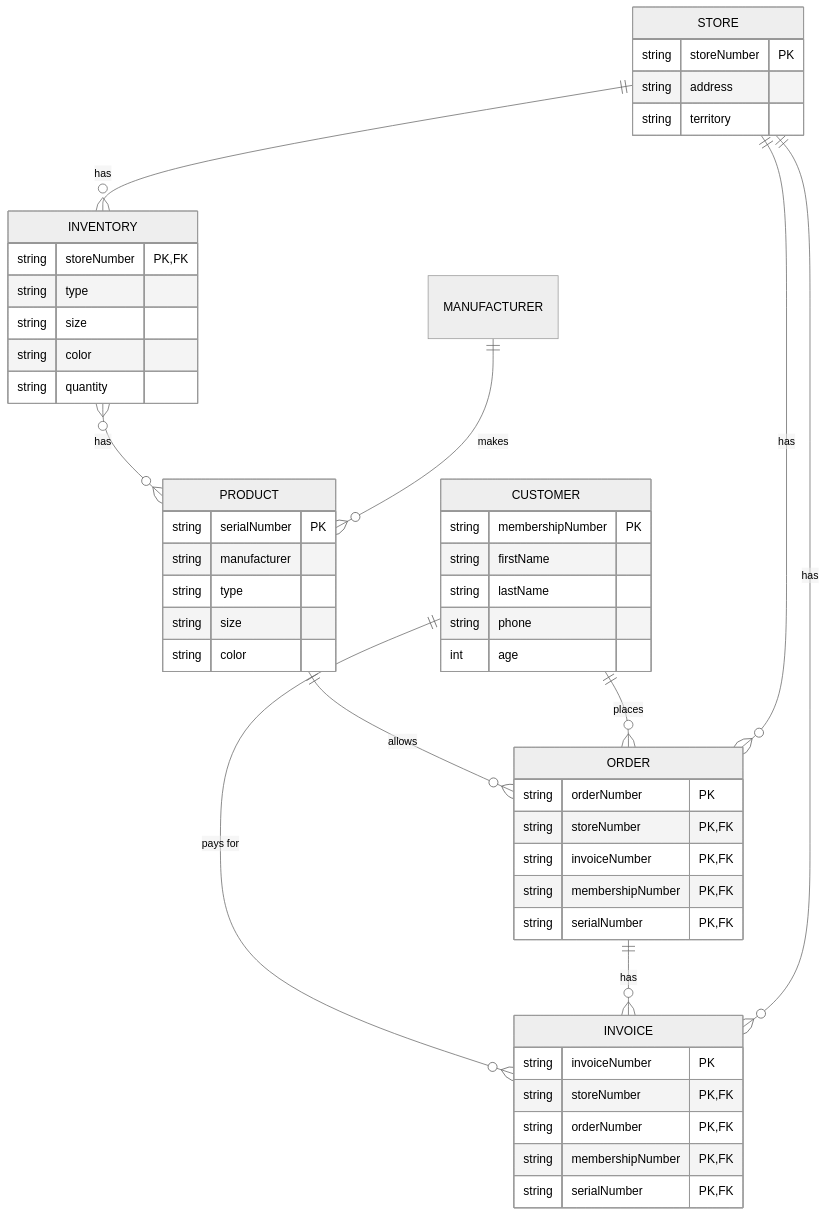
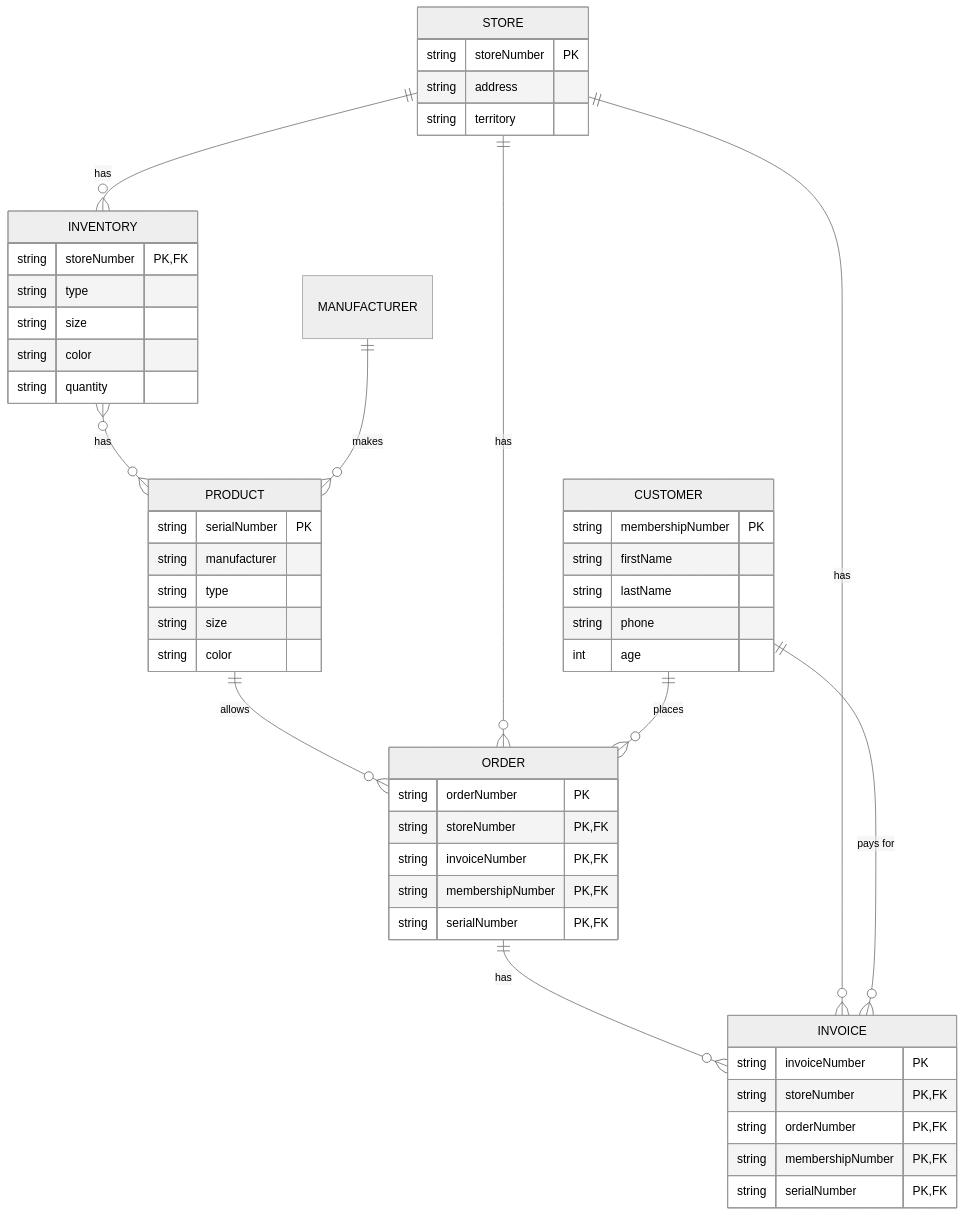
One commit to mealvarez-my-waketech-edu/NikeStore_ERD.md changed the diagram in README.md. Above: the diagram before and after it, drawn with Mermaid (neutral theme). The commit also changed other lines of this file, not shown here.

````diff
--- a/README.md
+++ b/README.md
@@ -3,52 +3,52 @@
 ```mermaid
 erDiagram
     PRODUCT ||--o{ ORDER : allows
     PRODUCT {
         string serialNumber PK
         string manufacturer
         string type
         string size
         string color
     }
     INVENTORY }o--o{ PRODUCT : has
     INVENTORY {
         string storeNumber PK, FK
         string type
         string size
         string color
         string quantity
-    }
-    CUSTOMER ||--o{ ORDER : places
-    CUSTOMER ||--o{ INVOICE : "pays for"
-    CUSTOMER {
-        string membershipNumber PK
-        string firstName
-        string lastName
-        string phone
-        int age
     }
     ORDER ||--o{ INVOICE : has
     ORDER {
         string orderNumber PK
         string storeNumber PK, FK
         string invoiceNumber PK, FK
         string membershipNumber PK, FK
         string serialNumber PK, FK
     }
     STORE ||--o{ ORDER : has
     STORE ||--o{ INVOICE : has
     STORE ||--o{ INVENTORY : has
     STORE {
         string storeNumber PK
         string address
         string territory
     }
     INVOICE {
         string invoiceNumber PK
         string storeNumber PK, FK
         string orderNumber PK, FK
         string membershipNumber PK, FK
         string serialNumber PK, FK
     }
+    CUSTOMER ||--o{ ORDER : places
+    CUSTOMER ||--o{ INVOICE : "pays for"
+    CUSTOMER {
+        string membershipNumber PK
+        string firstName
+        string lastName
+        string phone
+        int age
+    }
     MANUFACTURER only one to zero or more PRODUCT : makes
 ```
````
